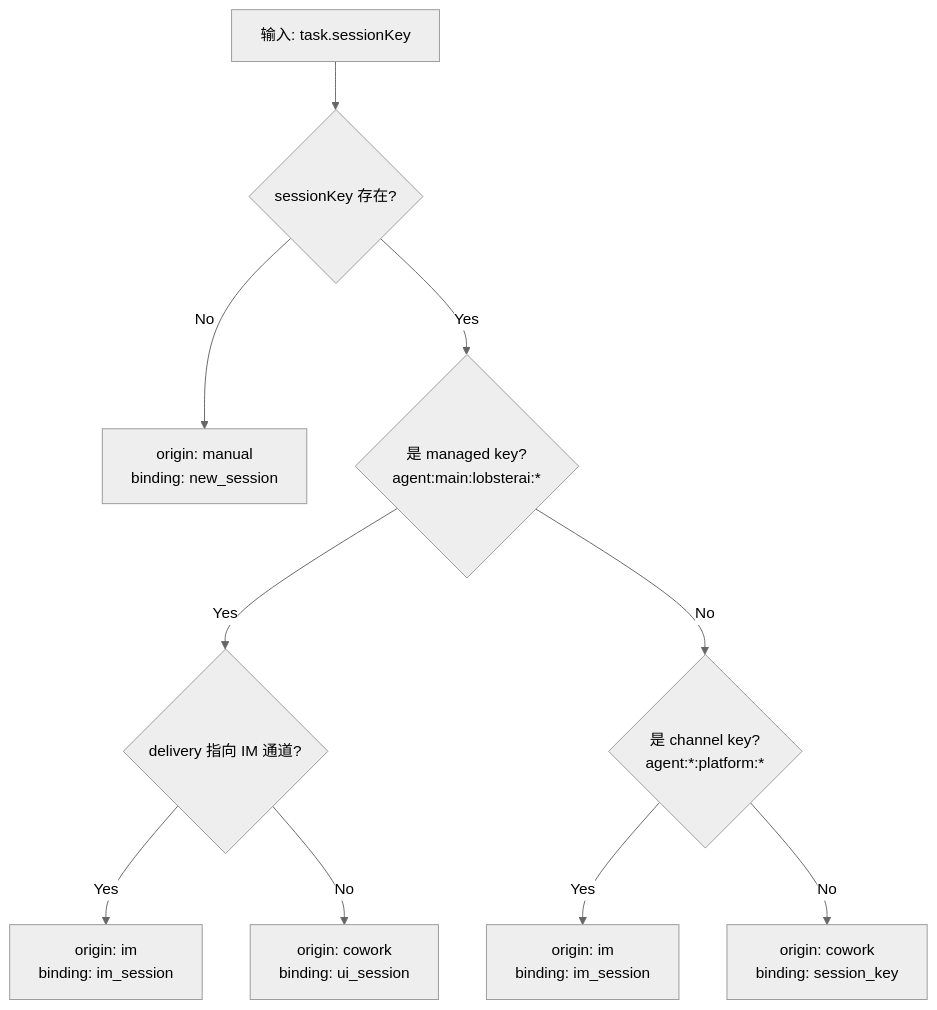
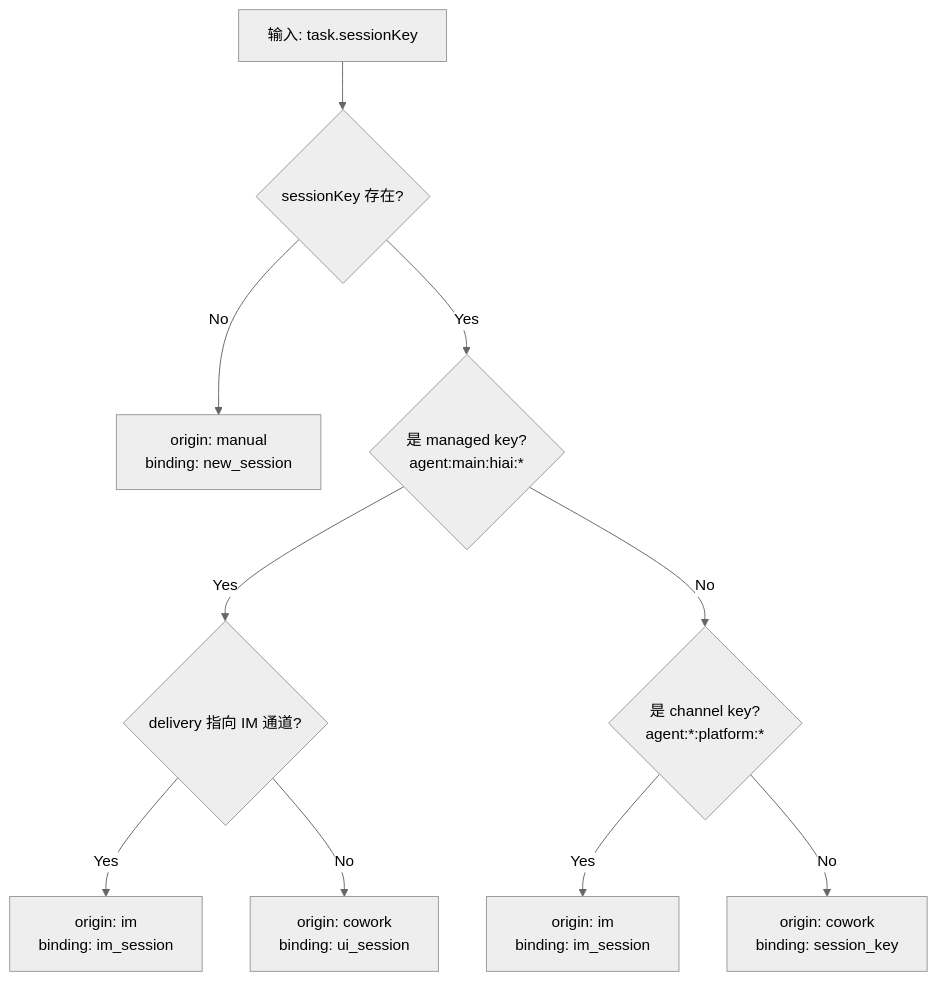
One commit to hxhy00/HiAi changed the fourth of 14 diagrams in src/scheduledTask/design.md. Above: the diagram before and after it, drawn with Mermaid (neutral theme). The commit also changed other lines of this file and 87 other files, not shown here.

````diff
--- a/src/scheduledTask/design.md
+++ b/src/scheduledTask/design.md
@@ -307,12 +307,12 @@
 ```mermaid
 flowchart TD
     A["输入: task.sessionKey"] --> B{sessionKey 存在?}
     B -->|No| G["origin: manual<br/>binding: new_session"]
-    B -->|Yes| C{是 managed key?<br/>agent:main:lobsterai:*}
+    B -->|Yes| C{是 managed key?<br/>agent:main:hiai:*}
     C -->|Yes| D{delivery 指向 IM 通道?}
     D -->|Yes| E["origin: im<br/>binding: im_session"]
     D -->|No| F["origin: cowork<br/>binding: ui_session"]
     C -->|No| H{是 channel key?<br/>agent:*:platform:*}
     H -->|Yes| I["origin: im<br/>binding: im_session"]
     H -->|No| J["origin: cowork<br/>binding: session_key"]
 ```
````
